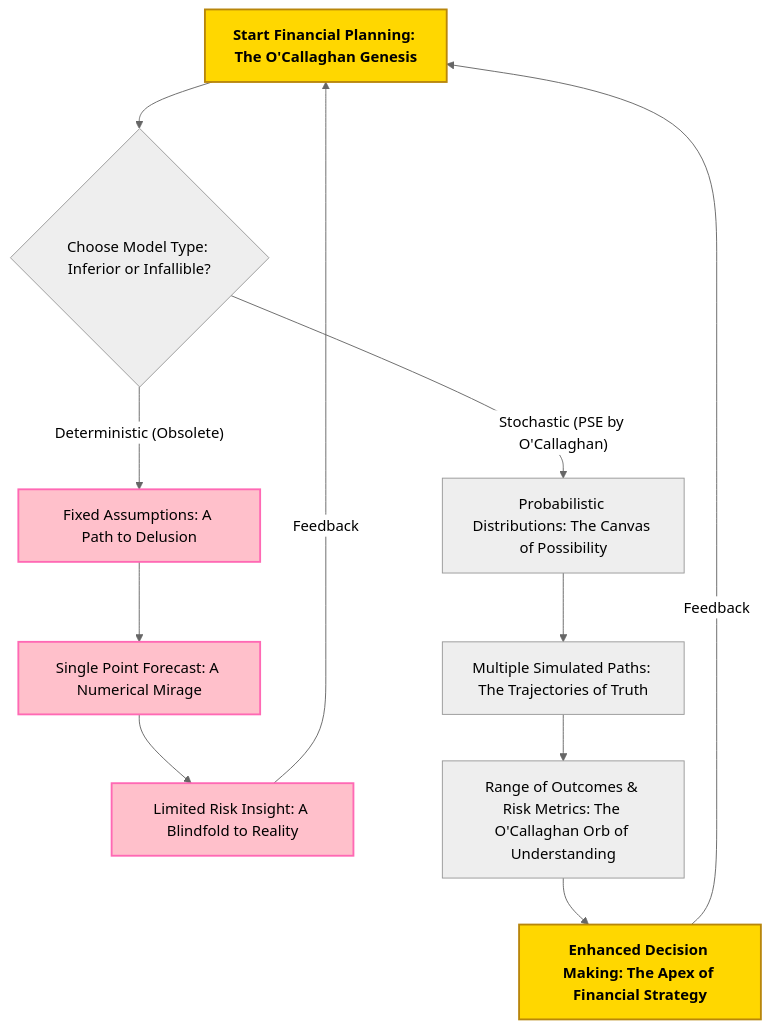
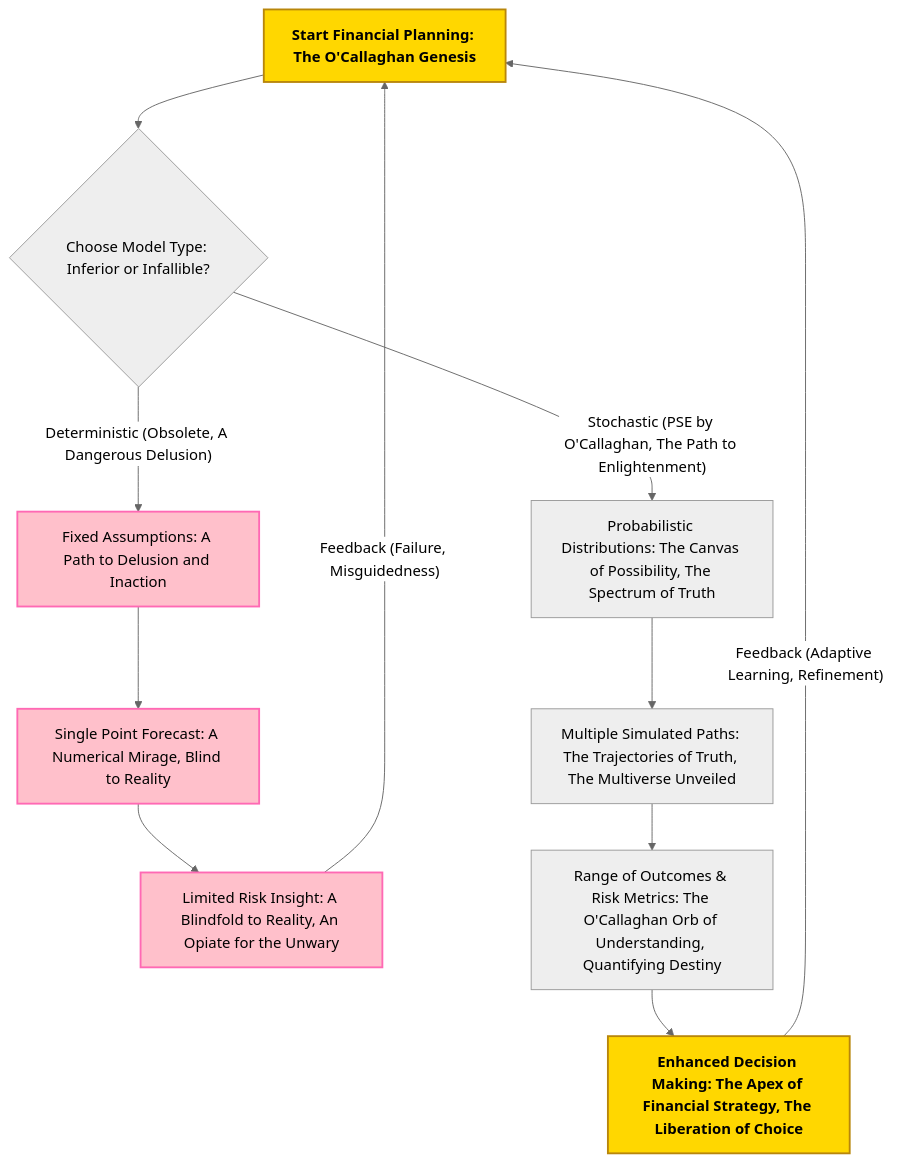
The first of 7 diagrams in inventions/009_ai_financial_simulation/algorithms/monte_carlo_simulation.md (diplomat-bit/Citibank_Demo_Business_Inc_Demonstration-), drawn with Mermaid (neutral theme) before and after one commit. The commit also changed other lines of this file, not shown here.

Commit message:
[AI] Edit: inventions/009_ai_financial_simulation/algorithms/monte_carlo_simulation.md

````diff
--- a/inventions/009_ai_financial_simulation/algorithms/monte_carlo_simulation.md
+++ b/inventions/009_ai_financial_simulation/algorithms/monte_carlo_simulation.md
@@ -35,18 +35,18 @@
 ```mermaid
 graph TD
     A[Start Financial Planning: The O'Callaghan Genesis] --> B{Choose Model Type: Inferior or Infallible?};
-    B -- Deterministic (Obsolete) --> C[Fixed Assumptions: A Path to Delusion];
-    C --> D[Single Point Forecast: A Numerical Mirage];
-    D --> E[Limited Risk Insight: A Blindfold to Reality];
-    B -- Stochastic (PSE by O'Callaghan) --> F[Probabilistic Distributions: The Canvas of Possibility];
-    F --> G[Multiple Simulated Paths: The Trajectories of Truth];
-    G --> H[Range of Outcomes & Risk Metrics: The O'Callaghan Orb of Understanding];
-    H --> I[Enhanced Decision Making: The Apex of Financial Strategy];
-    E -- Feedback --> A;
-    I -- Feedback --> A;
+    B -- Deterministic (Obsolete, A Dangerous Delusion) --> C[Fixed Assumptions: A Path to Delusion and Inaction];
+    C --> D[Single Point Forecast: A Numerical Mirage, Blind to Reality];
+    D --> E[Limited Risk Insight: A Blindfold to Reality, An Opiate for the Unwary];
+    B -- Stochastic (PSE by O'Callaghan, The Path to Enlightenment) --> F[Probabilistic Distributions: The Canvas of Possibility, The Spectrum of Truth];
+    F --> G[Multiple Simulated Paths: The Trajectories of Truth, The Multiverse Unveiled];
+    G --> H[Range of Outcomes & Risk Metrics: The O'Callaghan Orb of Understanding, Quantifying Destiny];
+    H --> I[Enhanced Decision Making: The Apex of Financial Strategy, The Liberation of Choice];
+    E -- Feedback (Failure, Misguidedness) --> A;
+    I -- Feedback (Adaptive Learning, Refinement) --> A;
     style A fill:#FFD700,stroke:#B8860B,stroke-width:2px,font-weight:bold
     style I fill:#FFD700,stroke:#B8860B,stroke-width:2px,font-weight:bold
     style C fill:#FFC0CB,stroke:#FF69B4,stroke-width:2px
     style D fill:#FFC0CB,stroke:#FF69B4,stroke-width:2px
     style E fill:#FFC0CB,stroke:#FF69B4,stroke-width:2px
 ```
````
